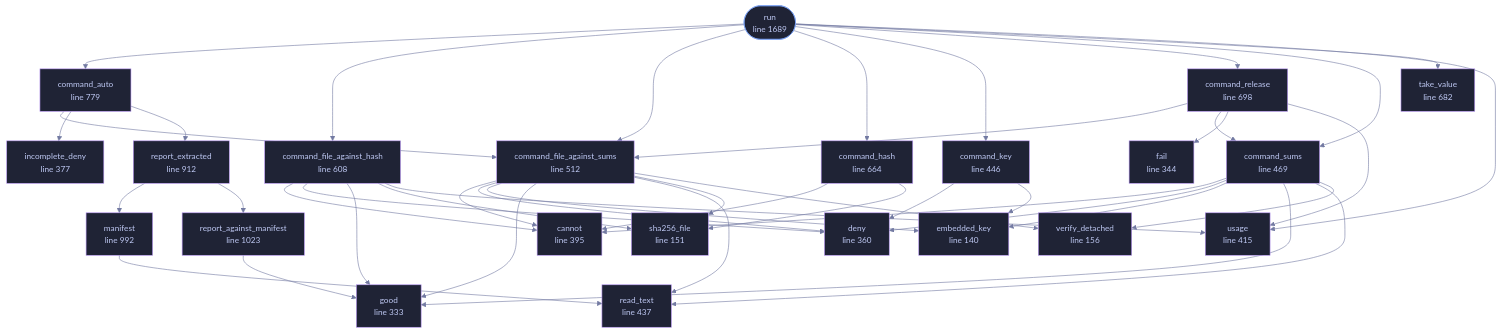
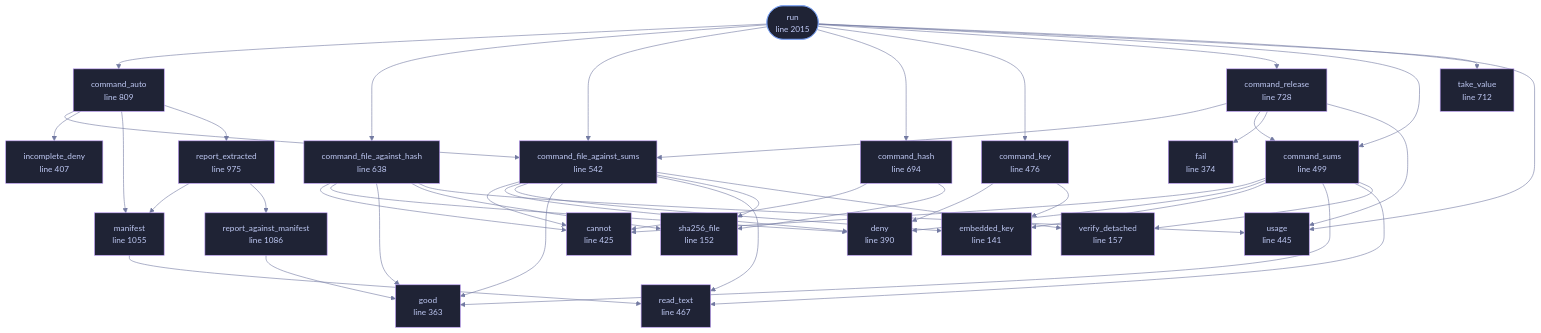
Before and after one commit to tilas01/veilvoice: the diagram in docs/files/veilvoice-verify/lib.md, drawn with Mermaid. The commit also changed other lines of this file and 52 other files, not shown here.

First line of the commit message:
Roadmap 164: check what is inside an archive, and never trust the key it came with

````diff
--- a/docs/files/veilvoice-verify/lib.md
+++ b/docs/files/veilvoice-verify/lib.md
@@ -112,30 +112,31 @@
 ```mermaid
 %%{init: {"theme":"base","themeVariables":{"background":"#1a1b26","primaryColor":"#1f2335","primaryTextColor":"#c0caf5","primaryBorderColor":"#7aa2f7","secondaryColor":"#16161e","tertiaryColor":"#16161e","lineColor":"#737aa2","textColor":"#c0caf5","mainBkg":"#1f2335","nodeBorder":"#7aa2f7","clusterBkg":"#16161e","clusterBorder":"#2f3549","fontFamily":"ui-monospace, SFMono-Regular, Consolas, monospace","fontSize":"14px"}}}%%
 flowchart TD
-    n_embedded_key["embedded_key<br/>line 140"]
-    n_sha256_file["sha256_file<br/>line 151"]
-    n_verify_detached["verify_detached<br/>line 156"]
-    n_good["good<br/>line 333"]
-    n_fail["fail<br/>line 344"]
-    n_deny["deny<br/>line 360"]
-    n_incomplete_deny["incomplete_deny<br/>line 377"]
-    n_cannot["cannot<br/>line 395"]
-    n_usage["usage<br/>line 415"]
-    n_read_text["read_text<br/>line 437"]
-    n_command_key["command_key<br/>line 446"]
-    n_command_sums["command_sums<br/>line 469"]
-    n_command_file_against_sums["command_file_against_sums<br/>line 512"]
-    n_command_file_against_hash["command_file_against_hash<br/>line 608"]
-    n_command_hash["command_hash<br/>line 664"]
-    n_take_value["take_value<br/>line 682"]
-    n_command_release["command_release<br/>line 698"]
-    n_command_auto["command_auto<br/>line 779"]
-    n_report_extracted["report_extracted<br/>line 912"]
-    n_manifest["manifest<br/>line 992"]
-    n_report_against_manifest["report_against_manifest<br/>line 1023"]
-    n_run(["run<br/>line 1689"])
+    n_embedded_key["embedded_key<br/>line 141"]
+    n_sha256_file["sha256_file<br/>line 152"]
+    n_verify_detached["verify_detached<br/>line 157"]
+    n_good["good<br/>line 363"]
+    n_fail["fail<br/>line 374"]
+    n_deny["deny<br/>line 390"]
+    n_incomplete_deny["incomplete_deny<br/>line 407"]
+    n_cannot["cannot<br/>line 425"]
+    n_usage["usage<br/>line 445"]
+    n_read_text["read_text<br/>line 467"]
+    n_command_key["command_key<br/>line 476"]
+    n_command_sums["command_sums<br/>line 499"]
+    n_command_file_against_sums["command_file_against_sums<br/>line 542"]
+    n_command_file_against_hash["command_file_against_hash<br/>line 638"]
+    n_command_hash["command_hash<br/>line 694"]
+    n_take_value["take_value<br/>line 712"]
+    n_command_release["command_release<br/>line 728"]
+    n_command_auto["command_auto<br/>line 809"]
+    n_report_extracted["report_extracted<br/>line 975"]
+    n_manifest["manifest<br/>line 1055"]
+    n_report_against_manifest["report_against_manifest<br/>line 1086"]
+    n_run(["run<br/>line 2015"])
     n_command_auto --> n_command_file_against_sums
     n_command_auto --> n_incomplete_deny
+    n_command_auto --> n_manifest
     n_command_auto --> n_report_extracted
     n_command_file_against_hash --> n_cannot
     n_command_file_against_hash --> n_deny
@@ -176,28 +177,28 @@
     n_run --> n_command_sums
     n_run --> n_take_value
     n_run --> n_usage
-    click n_embedded_key href "https://github.com/tilas01/veilvoice/blob/main/crates/veilvoice-verify/src/lib.rs#L140" "open the source"
-    click n_sha256_file href "https://github.com/tilas01/veilvoice/blob/main/crates/veilvoice-verify/src/lib.rs#L151" "open the source"
-    click n_verify_detached href "https://github.com/tilas01/veilvoice/blob/main/crates/veilvoice-verify/src/lib.rs#L156" "open the source"
-    click n_good href "https://github.com/tilas01/veilvoice/blob/main/crates/veilvoice-verify/src/lib.rs#L333" "open the source"
-    click n_fail href "https://github.com/tilas01/veilvoice/blob/main/crates/veilvoice-verify/src/lib.rs#L344" "open the source"
-    click n_deny href "https://github.com/tilas01/veilvoice/blob/main/crates/veilvoice-verify/src/lib.rs#L360" "open the source"
-    click n_incomplete_deny href "https://github.com/tilas01/veilvoice/blob/main/crates/veilvoice-verify/src/lib.rs#L377" "open the source"
-    click n_cannot href "https://github.com/tilas01/veilvoice/blob/main/crates/veilvoice-verify/src/lib.rs#L395" "open the source"
-    click n_usage href "https://github.com/tilas01/veilvoice/blob/main/crates/veilvoice-verify/src/lib.rs#L415" "open the source"
-    click n_read_text href "https://github.com/tilas01/veilvoice/blob/main/crates/veilvoice-verify/src/lib.rs#L437" "open the source"
-    click n_command_key href "https://github.com/tilas01/veilvoice/blob/main/crates/veilvoice-verify/src/lib.rs#L446" "open the source"
-    click n_command_sums href "https://github.com/tilas01/veilvoice/blob/main/crates/veilvoice-verify/src/lib.rs#L469" "open the source"
-    click n_command_file_against_sums href "https://github.com/tilas01/veilvoice/blob/main/crates/veilvoice-verify/src/lib.rs#L512" "open the source"
-    click n_command_file_against_hash href "https://github.com/tilas01/veilvoice/blob/main/crates/veilvoice-verify/src/lib.rs#L608" "open the source"
-    click n_command_hash href "https://github.com/tilas01/veilvoice/blob/main/crates/veilvoice-verify/src/lib.rs#L664" "open the source"
-    click n_take_value href "https://github.com/tilas01/veilvoice/blob/main/crates/veilvoice-verify/src/lib.rs#L682" "open the source"
-    click n_command_release href "https://github.com/tilas01/veilvoice/blob/main/crates/veilvoice-verify/src/lib.rs#L698" "open the source"
-    click n_command_auto href "https://github.com/tilas01/veilvoice/blob/main/crates/veilvoice-verify/src/lib.rs#L779" "open the source"
-    click n_report_extracted href "https://github.com/tilas01/veilvoice/blob/main/crates/veilvoice-verify/src/lib.rs#L912" "open the source"
-    click n_manifest href "https://github.com/tilas01/veilvoice/blob/main/crates/veilvoice-verify/src/lib.rs#L992" "open the source"
-    click n_report_against_manifest href "https://github.com/tilas01/veilvoice/blob/main/crates/veilvoice-verify/src/lib.rs#L1023" "open the source"
-    click n_run href "https://github.com/tilas01/veilvoice/blob/main/crates/veilvoice-verify/src/lib.rs#L1689" "open the source"
+    click n_embedded_key href "https://github.com/tilas01/veilvoice/blob/main/crates/veilvoice-verify/src/lib.rs#L141" "open the source"
+    click n_sha256_file href "https://github.com/tilas01/veilvoice/blob/main/crates/veilvoice-verify/src/lib.rs#L152" "open the source"
+    click n_verify_detached href "https://github.com/tilas01/veilvoice/blob/main/crates/veilvoice-verify/src/lib.rs#L157" "open the source"
+    click n_good href "https://github.com/tilas01/veilvoice/blob/main/crates/veilvoice-verify/src/lib.rs#L363" "open the source"
+    click n_fail href "https://github.com/tilas01/veilvoice/blob/main/crates/veilvoice-verify/src/lib.rs#L374" "open the source"
+    click n_deny href "https://github.com/tilas01/veilvoice/blob/main/crates/veilvoice-verify/src/lib.rs#L390" "open the source"
+    click n_incomplete_deny href "https://github.com/tilas01/veilvoice/blob/main/crates/veilvoice-verify/src/lib.rs#L407" "open the source"
+    click n_cannot href "https://github.com/tilas01/veilvoice/blob/main/crates/veilvoice-verify/src/lib.rs#L425" "open the source"
+    click n_usage href "https://github.com/tilas01/veilvoice/blob/main/crates/veilvoice-verify/src/lib.rs#L445" "open the source"
+    click n_read_text href "https://github.com/tilas01/veilvoice/blob/main/crates/veilvoice-verify/src/lib.rs#L467" "open the source"
+    click n_command_key href "https://github.com/tilas01/veilvoice/blob/main/crates/veilvoice-verify/src/lib.rs#L476" "open the source"
+    click n_command_sums href "https://github.com/tilas01/veilvoice/blob/main/crates/veilvoice-verify/src/lib.rs#L499" "open the source"
+    click n_command_file_against_sums href "https://github.com/tilas01/veilvoice/blob/main/crates/veilvoice-verify/src/lib.rs#L542" "open the source"
+    click n_command_file_against_hash href "https://github.com/tilas01/veilvoice/blob/main/crates/veilvoice-verify/src/lib.rs#L638" "open the source"
+    click n_command_hash href "https://github.com/tilas01/veilvoice/blob/main/crates/veilvoice-verify/src/lib.rs#L694" "open the source"
+    click n_take_value href "https://github.com/tilas01/veilvoice/blob/main/crates/veilvoice-verify/src/lib.rs#L712" "open the source"
+    click n_command_release href "https://github.com/tilas01/veilvoice/blob/main/crates/veilvoice-verify/src/lib.rs#L728" "open the source"
+    click n_command_auto href "https://github.com/tilas01/veilvoice/blob/main/crates/veilvoice-verify/src/lib.rs#L809" "open the source"
+    click n_report_extracted href "https://github.com/tilas01/veilvoice/blob/main/crates/veilvoice-verify/src/lib.rs#L975" "open the source"
+    click n_manifest href "https://github.com/tilas01/veilvoice/blob/main/crates/veilvoice-verify/src/lib.rs#L1055" "open the source"
+    click n_report_against_manifest href "https://github.com/tilas01/veilvoice/blob/main/crates/veilvoice-verify/src/lib.rs#L1086" "open the source"
+    click n_run href "https://github.com/tilas01/veilvoice/blob/main/crates/veilvoice-verify/src/lib.rs#L2015" "open the source"
     classDef entry fill:#1f2335,stroke:#7aa2f7,color:#c0caf5
     class n_run entry
     classDef helper fill:#1f2335,stroke:#bb9af7,color:#c0caf5
````
